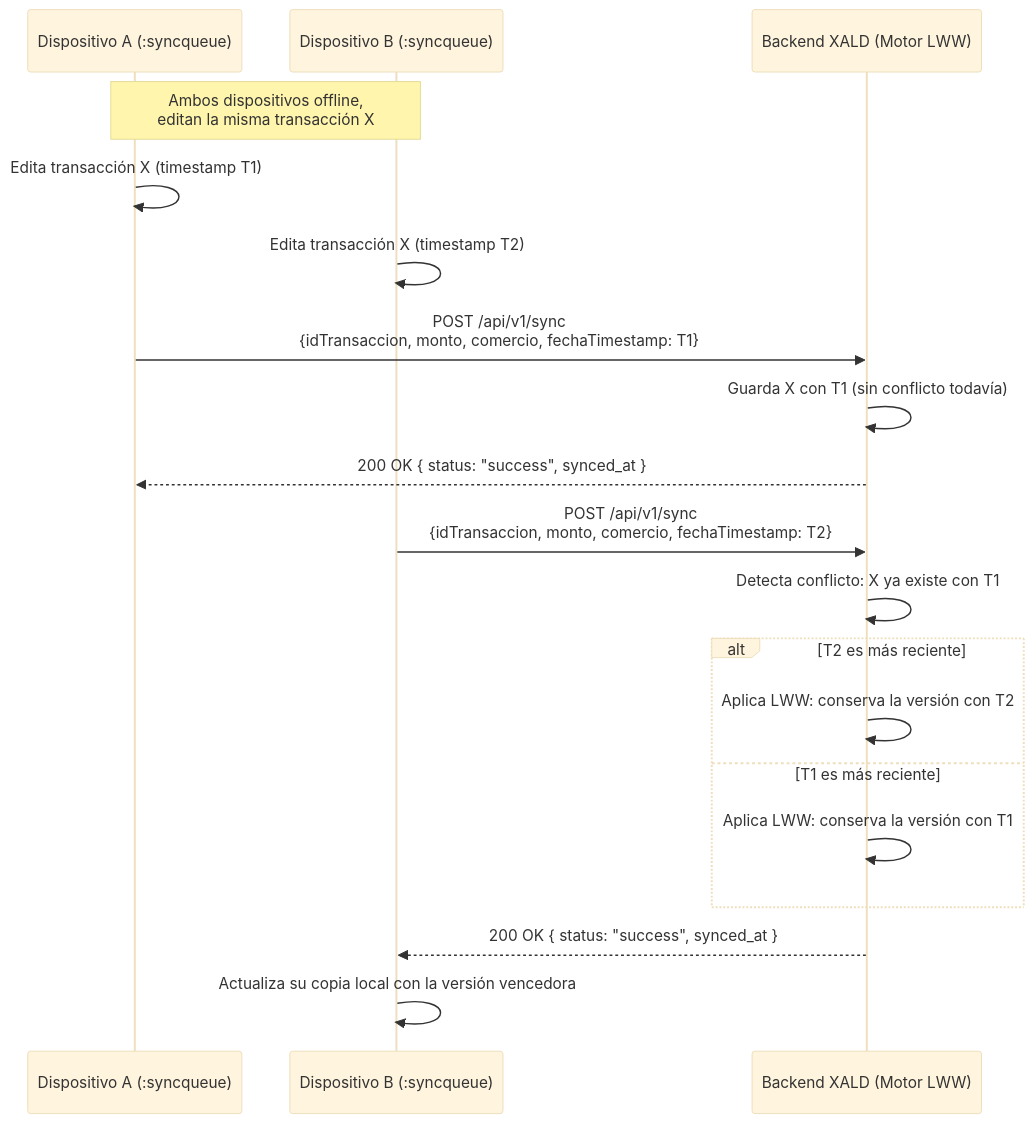
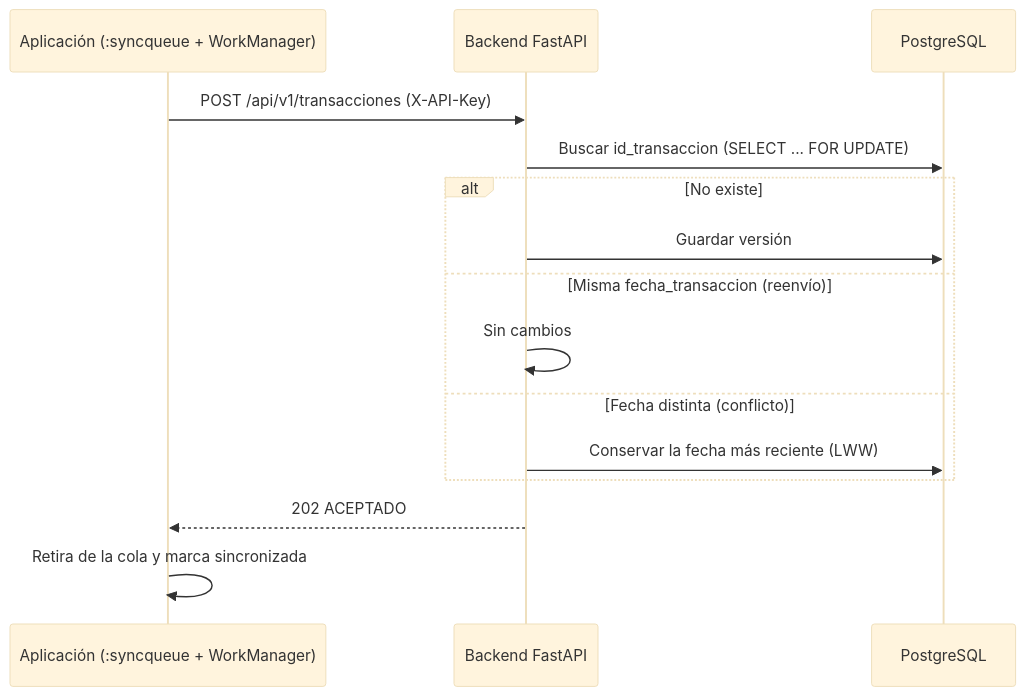
One commit to ISCOUTB/AS_202620_XALD changed the third of 5 diagrams in docs/arc42/06-Runtime view.md. Above: the diagram before and after it, drawn with Mermaid (base theme). The commit also changed other lines of this file, not shown here.

````diff
--- a/docs/arc42/06-Runtime view.md
+++ b/docs/arc42/06-Runtime view.md
@@ -105,24 +98,18 @@
 ```mermaid
 sequenceDiagram
-    participant D1 as Dispositivo A (:syncqueue)
-    participant D2 as Dispositivo B (:syncqueue)
-    participant BK as Backend XALD (Motor LWW)
+    participant A as Aplicación (:syncqueue + WorkManager)
+    participant B as Backend FastAPI
+    participant DB as PostgreSQL
 
-    Note over D1,D2: Ambos dispositivos offline,<br/>editan la misma transacción X
-    D1->>D1: Edita transacción X (timestamp T1)
-    D2->>D2: Edita transacción X (timestamp T2)
-
-    D1->>BK: POST /api/v1/sync<br/>{idTransaccion, monto, comercio, fechaTimestamp: T1}
-    BK->>BK: Guarda X con T1 (sin conflicto todavía)
-    BK-->>D1: 200 OK { status: "success", synced_at }
-
-    D2->>BK: POST /api/v1/sync<br/>{idTransaccion, monto, comercio, fechaTimestamp: T2}
-    BK->>BK: Detecta conflicto: X ya existe con T1
-    alt T2 es más reciente
-        BK->>BK: Aplica LWW: conserva la versión con T2
-    else T1 es más reciente
-        BK->>BK: Aplica LWW: conserva la versión con T1
+    A->>B: POST /api/v1/transacciones (X-API-Key)
+    B->>DB: Buscar id_transaccion (SELECT ... FOR UPDATE)
+    alt No existe
+        B->>DB: Guardar versión
+    else Misma fecha_transaccion (reenvío)
+        B->>B: Sin cambios
+    else Fecha distinta (conflicto)
+        B->>DB: Conservar la fecha más reciente (LWW)
     end
-    BK-->>D2: 200 OK { status: "success", synced_at }
-    D2->>D2: Actualiza su copia local con la versión vencedora
+    B-->>A: 202 ACEPTADO
+    A->>A: Retira de la cola y marca sincronizada
 ```
````
